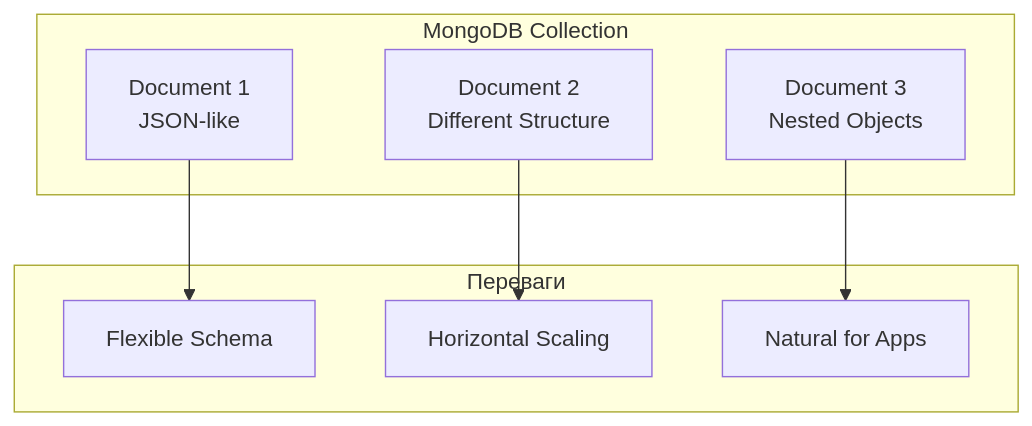
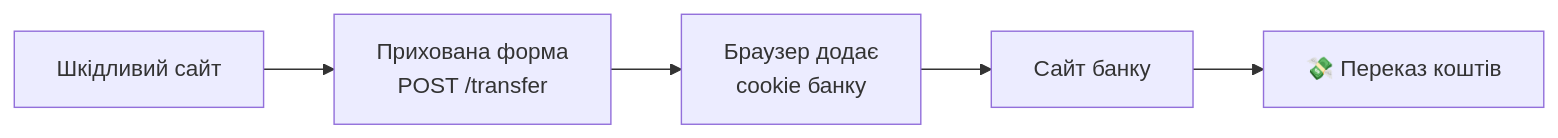
The eighth of 10 diagrams in presentations/presentation-05.md (olroi421/course-web), drawn with Mermaid before and after one commit. The commit also changed other lines of this file and 10 other files, not shown here.

````diff
--- a/presentations/presentation-05.md
+++ b/presentations/presentation-05.md
@@ -205,18 +410,7 @@
 ```mermaid
-graph TB
-    subgraph "MongoDB Collection"
-        D1[Document 1<br/>JSON-like]
-        D2[Document 2<br/>Different Structure]
-        D3[Document 3<br/>Nested Objects]
-    end
-
-    subgraph "Переваги"
-        F1[Flexible Schema]
-        F2[Horizontal Scaling]
-        F3[Natural for Apps]
-    end
-
-    D1 --> F1
-    D2 --> F2
-    D3 --> F3
+graph LR
+    A[Шкідливий сайт] --> B[Прихована форма<br/>POST /transfer]
+    B --> C[Браузер додає<br/>cookie банку]
+    C --> D[Сайт банку]
+    D --> E[💸 Переказ коштів]
 ```
````
